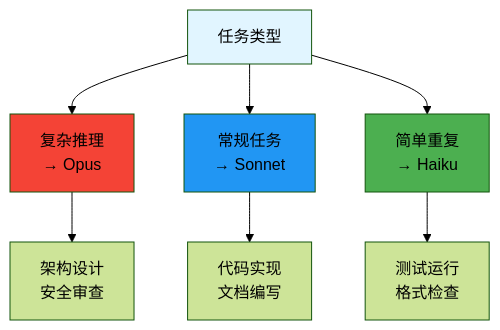
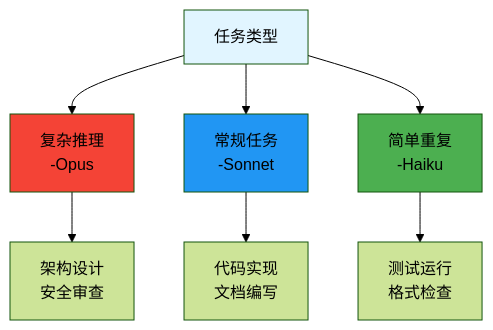
One commit to Jasper-Wynn/agent-doc changed the third of 3 diagrams in demos/subagent-setup.md. Above: the diagram before and after it, drawn with Mermaid (forest theme). The commit also changed other lines of this file and 16 other files, not shown here.

First line of the commit message:
fix: repair mermaid diagram rendering issues

````diff
--- a/demos/subagent-setup.md
+++ b/demos/subagent-setup.md
@@ -311,15 +311,15 @@
 ```mermaid
 flowchart TD
-    A[任务类型] --> B[复杂推理<br/>→ Opus]
-    A --> C[常规任务<br/>→ Sonnet]
-    A --> D[简单重复<br/>→ Haiku]
+    A[任务类型] --> B[复杂推理<br/>-Opus]
+    A --> C[常规任务<br/>-Sonnet]
+    A --> D[简单重复<br/>-Haiku]
 
     B --> E[架构设计<br/>安全审查]
     C --> F[代码实现<br/>文档编写]
     D --> G[测试运行<br/>格式检查]
 
     style A fill:#e1f5ff
     style B fill:#f44336
     style C fill:#2196f3
     style D fill:#4caf50
 ```
````
